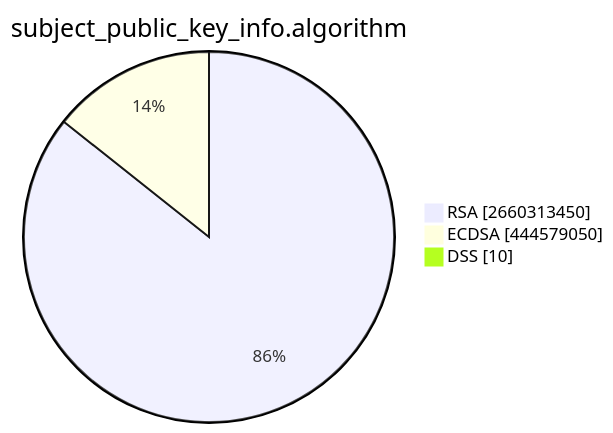
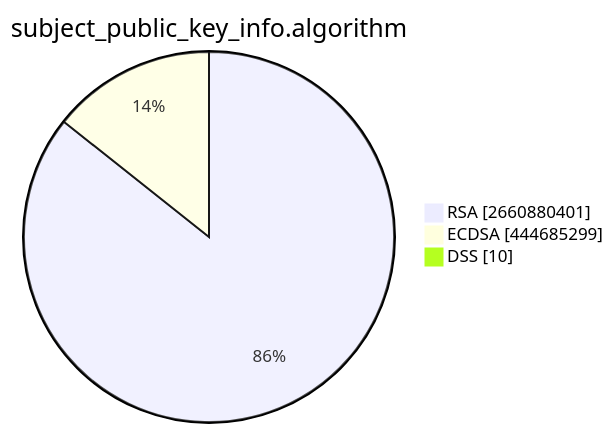
Before and after one commit to christiankrug/ctmonitor_visualization: the second of 15 diagrams in TOTAL/README.md, drawn with Mermaid. The commit also changed other lines of this file, not shown here.

````diff
--- a/TOTAL/README.md
+++ b/TOTAL/README.md
@@ -6,7 +6,7 @@
 ```mermaid
 pie showData
 title subject_public_key_info.algorithm
-"RSA" :2660313450
-"ECDSA" :444579050
+"RSA" :2660880401
+"ECDSA" :444685299
 "DSS" :10
 ```
````
